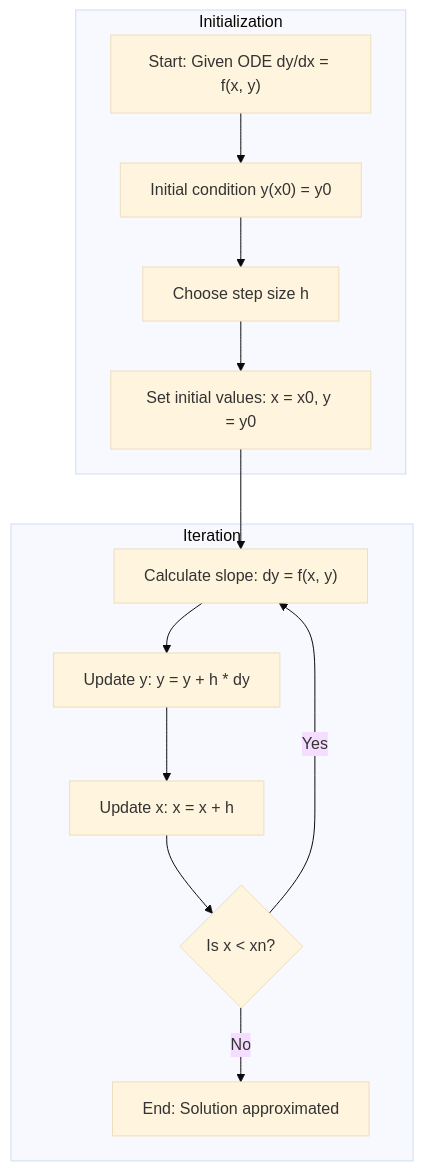
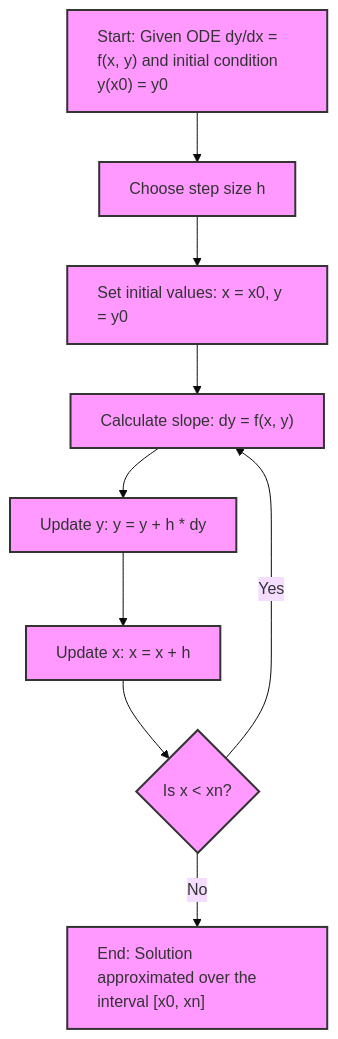
The second of 2 diagrams in ordinaryDifferntialEquations/README.md (nishantaMishra/computational-physics-in-python), drawn with Mermaid (base theme) before and after one commit. The commit also changed other lines of this file, not shown here.

````diff
--- a/ordinaryDifferntialEquations/README.md
+++ b/ordinaryDifferntialEquations/README.md
@@ -29,18 +29,15 @@
 ```mermaid
 graph TD
-    subgraph Initialization
-        A["Start: Given ODE dy/dx = f(x, y)"] 
-        A --> B["Initial condition y(x0) = y0"]
-        B --> C["Choose step size h"]
-        C --> D["Set initial values: x = x0, y = y0"]
-    end
+    classDef wrapText fill:#f9f,stroke:#333,stroke-width:2px,text-align:left;
     
-    subgraph Iteration
-        D --> E["Calculate slope: dy = f(x, y)"]
-        E --> F["Update y: y = y + h * dy"]
-        F --> G["Update x: x = x + h"]
-        G --> H{"Is x < xn?"}
-        H --> |Yes| E
-        H --> |No| I["End: Solution approximated"]
-    end
+    A["Start: Given ODE dy/dx = f(x, y) and initial condition y(x0) = y0"] --> B[Choose step size h]
+    B --> C["Set initial values: x = x0, y = y0"]
+    C --> D["Calculate slope: dy = f(x, y)"]
+    D --> E["Update y: y = y + h * dy"]
+    E --> F["Update x: x = x + h"]
+    F --> G{"Is x < xn?"}
+    G --> |Yes| D
+    G --> |No| H["End: Solution approximated over the interval [x0, xn]"]
+    
+    class A,B,C,D,E,F,G,H wrapText;
 ```
````
